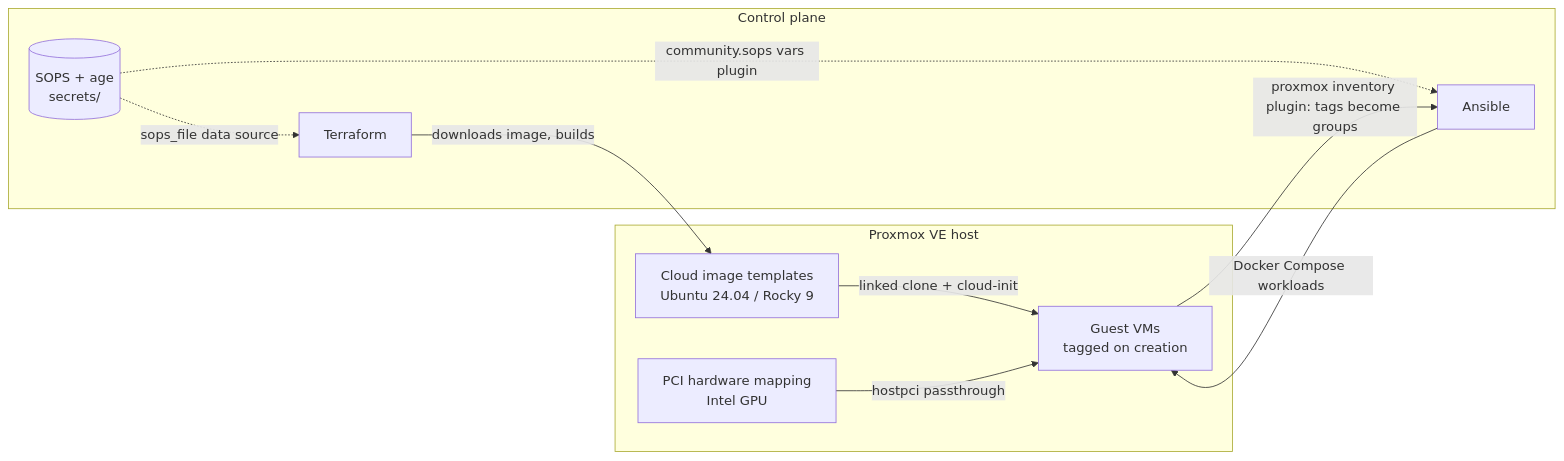
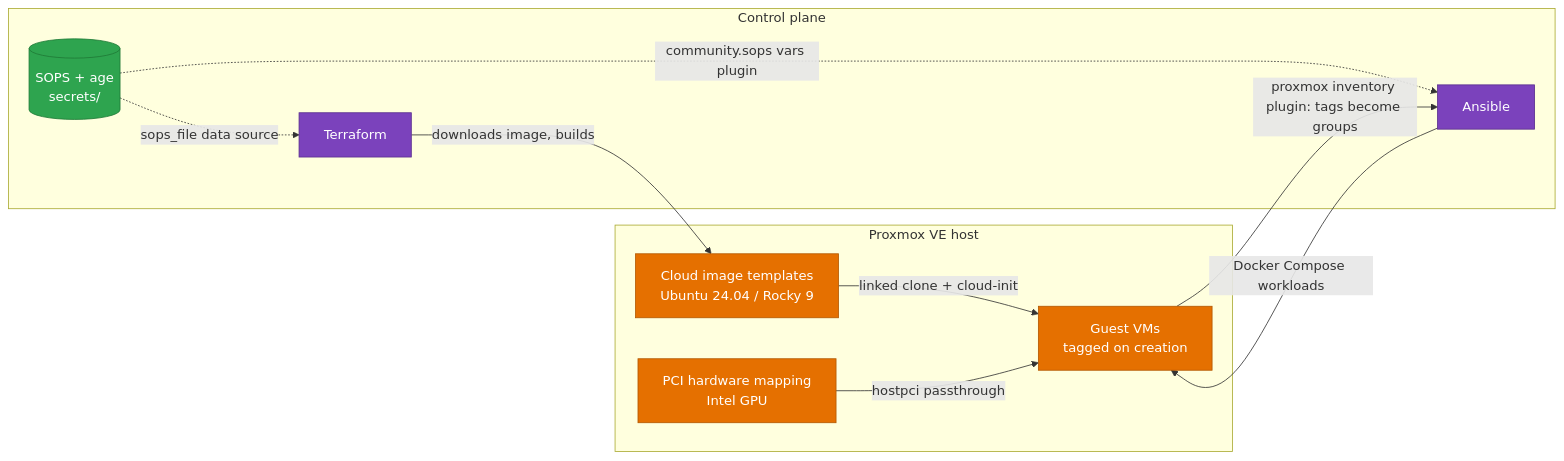
The first of 3 diagrams in README.md (RashunB/Homelab-Docker), drawn with Mermaid before and after one commit. The commit also changed other lines of this file, not shown here.

````diff
--- a/README.md
+++ b/README.md
@@ -42,22 +46,29 @@
 ```mermaid
 flowchart LR
     subgraph CTRL["Control plane"]
         TF["Terraform"]
         ANS["Ansible"]
         SOPS[("SOPS + age<br/>secrets/")]
     end
 
     subgraph PVE["Proxmox VE host"]
         TPL["Cloud image templates<br/>Ubuntu 24.04 / Rocky 9"]
         VM["Guest VMs<br/>tagged on creation"]
         GPU["PCI hardware mapping<br/>Intel GPU"]
     end
 
     SOPS -.->|sops_file data source| TF
     SOPS -.->|community.sops vars plugin| ANS
     TF -->|downloads image, builds| TPL
     TPL -->|linked clone + cloud-init| VM
     GPU -->|hostpci passthrough| VM
     VM -->|"proxmox inventory plugin: tags become groups"| ANS
     ANS -->|Docker Compose workloads| VM
+
+    classDef ctrl fill:#7B42BC,color:#fff,stroke:#5a2f8f
+    classDef secrets fill:#2ea44f,color:#fff,stroke:#1f7a37
+    classDef proxmox fill:#E57000,color:#fff,stroke:#b35800
+    class TF,ANS ctrl
+    class SOPS secrets
+    class TPL,VM,GPU proxmox
 ```
````
